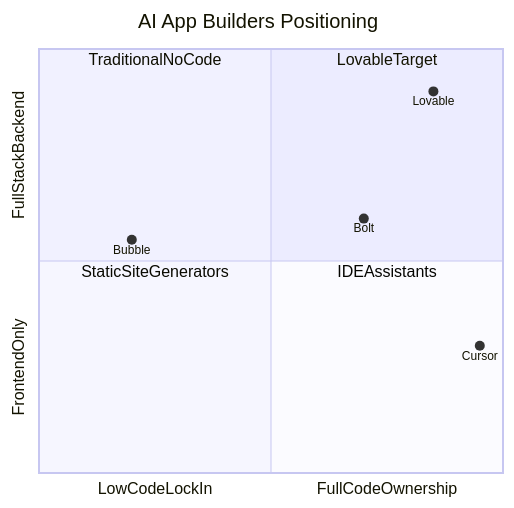
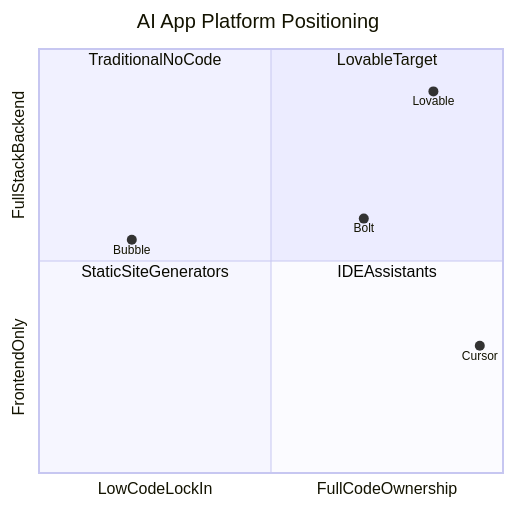
Before and after one commit to syedhamzazaidi/AutoApp: the fourth of 4 diagrams in docs/system-design.md, drawn with Mermaid. The commit also changed 12 other files, not shown here.

````diff
--- a/docs/system-design.md
+++ b/docs/system-design.md
@@ -348,14 +348,14 @@
 ```mermaid
 quadrantChart
-  title AI App Builders Positioning
+  title AI App Platform Positioning
   x-axis LowCodeLockIn --> FullCodeOwnership
   y-axis FrontendOnly --> FullStackBackend
   quadrant-1 LovableTarget
   quadrant-2 TraditionalNoCode
   quadrant-3 StaticSiteGenerators
   quadrant-4 IDEAssistants
   Lovable: [0.85, 0.90]
   Bubble: [0.20, 0.55]
   Bolt: [0.70, 0.60]
   Cursor: [0.95, 0.30]
 ```
````
